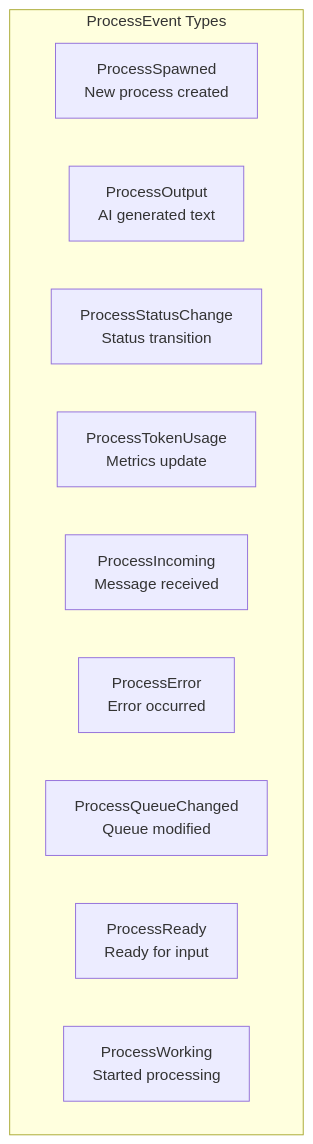
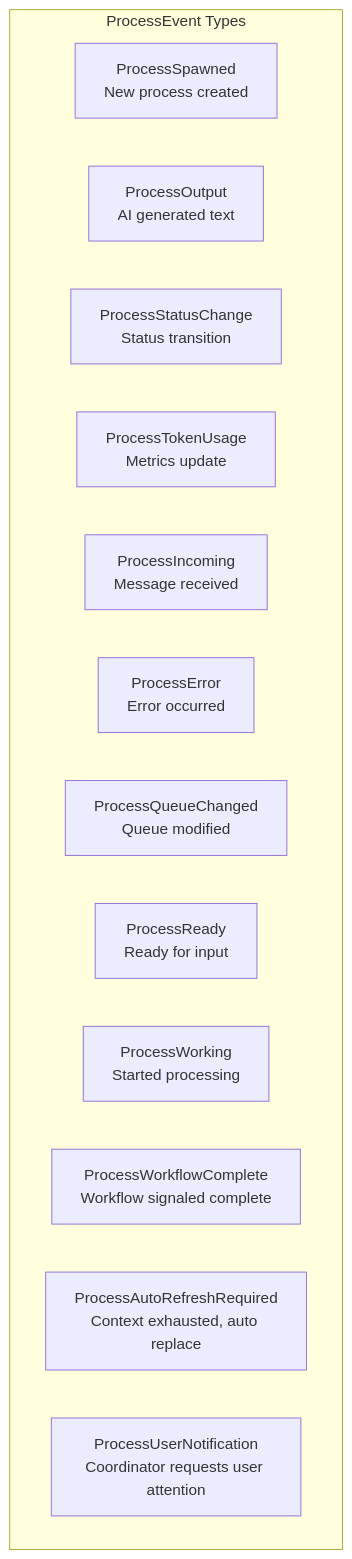
Before and after one commit to zjrosen/perles: the third of 6 diagrams in internal/orchestration/v2/docs/process-lifecycle.md, drawn with Mermaid. The commit also changed other lines of this file and 3 other files, not shown here.

````diff
--- a/internal/orchestration/v2/docs/process-lifecycle.md
+++ b/internal/orchestration/v2/docs/process-lifecycle.md
@@ -125,14 +143,17 @@
 ```mermaid
 flowchart TB
     subgraph Events["ProcessEvent Types"]
         Spawned["ProcessSpawned<br/>New process created"]
         Output["ProcessOutput<br/>AI generated text"]
         StatusChange["ProcessStatusChange<br/>Status transition"]
         TokenUsage["ProcessTokenUsage<br/>Metrics update"]
         Incoming["ProcessIncoming<br/>Message received"]
         Error["ProcessError<br/>Error occurred"]
         QueueChanged["ProcessQueueChanged<br/>Queue modified"]
         Ready["ProcessReady<br/>Ready for input"]
         Working["ProcessWorking<br/>Started processing"]
+        WorkflowComplete["ProcessWorkflowComplete<br/>Workflow signaled complete"]
+        AutoRefresh["ProcessAutoRefreshRequired<br/>Context exhausted, auto replace"]
+        UserNotify["ProcessUserNotification<br/>Coordinator requests user attention"]
     end
 ```
````
